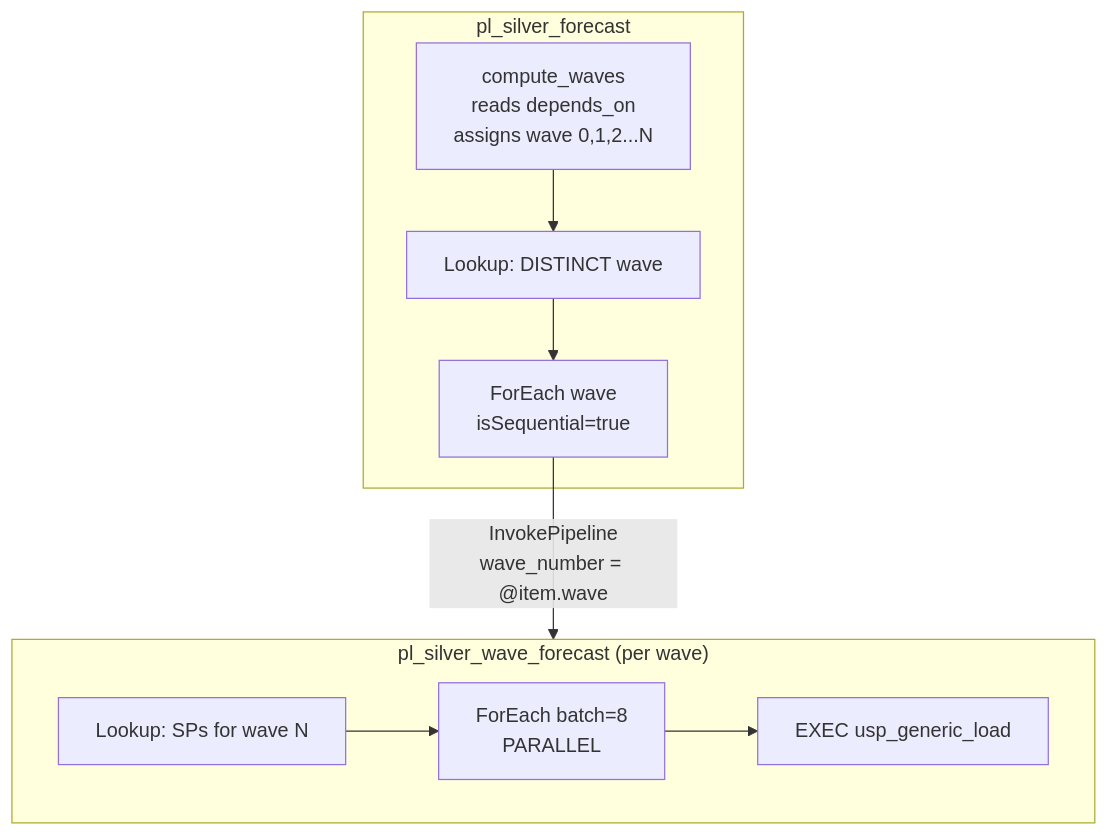
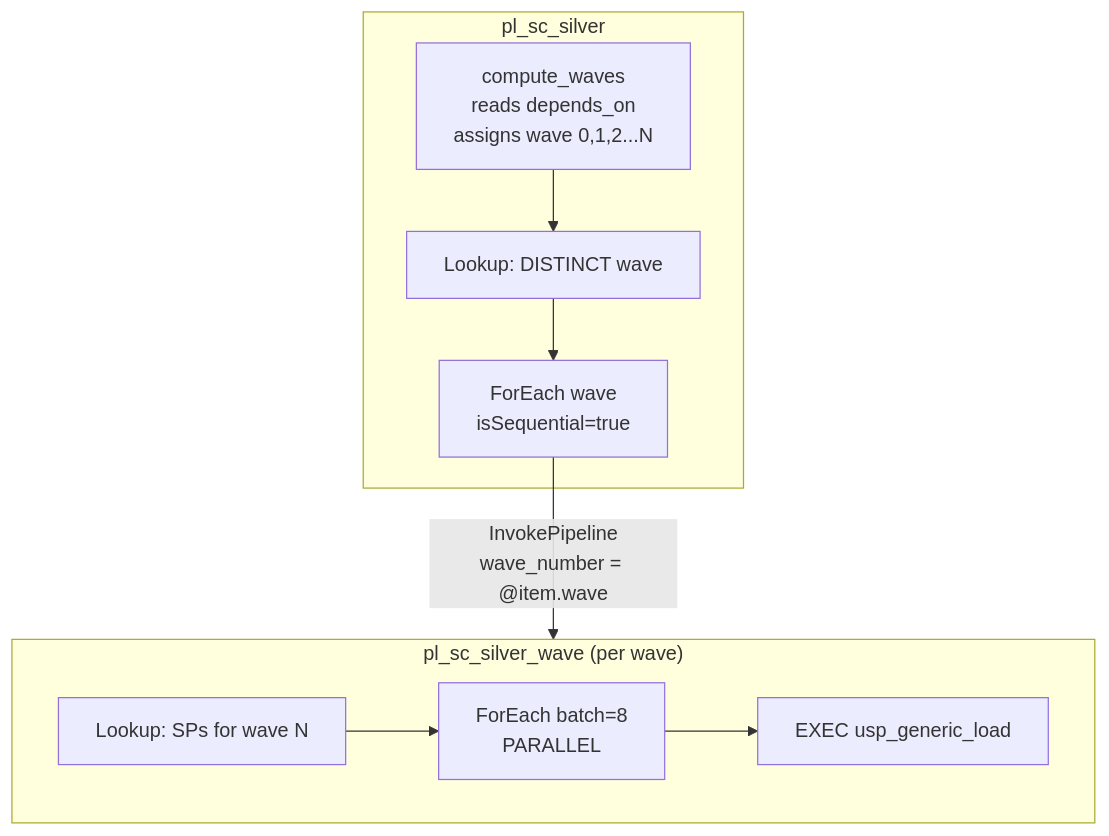
The fifth of 11 diagrams in README.md (ankinguyen-engineer-2002/Fabric-v9-Warehouse-Medallion), drawn with Mermaid before and after one commit. The commit also changed other lines of this file and 13 other files, not shown here.

First line of the commit message:
Multi-mart architecture: full doc overhaul — 14 files, 7 pipelines

````diff
--- a/README.md
+++ b/README.md
@@ -228,18 +233,18 @@
 ```mermaid
 flowchart TD
-    subgraph PARENT["pl_silver_forecast"]
+    subgraph PARENT["pl_sc_silver"]
         CW["compute_waves\nreads depends_on\nassigns wave 0,1,2...N"]
         LK["Lookup: DISTINCT wave"]
         FE["ForEach wave\nisSequential=true"]
         CW --> LK --> FE
     end
 
-    subgraph CHILD["pl_silver_wave_forecast (per wave)"]
+    subgraph CHILD["pl_sc_silver_wave (per wave)"]
         LK2["Lookup: SPs for wave N"]
         FE2["ForEach batch=8\nPARALLEL"]
         SP2["EXEC usp_generic_load"]
         LK2 --> FE2 --> SP2
     end
 
     FE -->|"InvokePipeline\nwave_number = @item.wave"| CHILD
 ```
````
